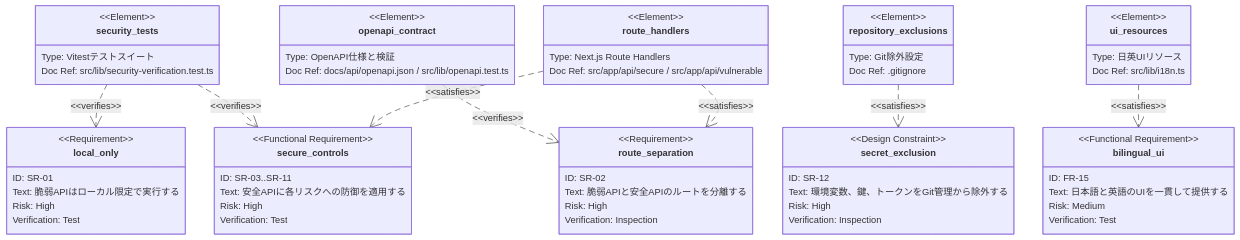
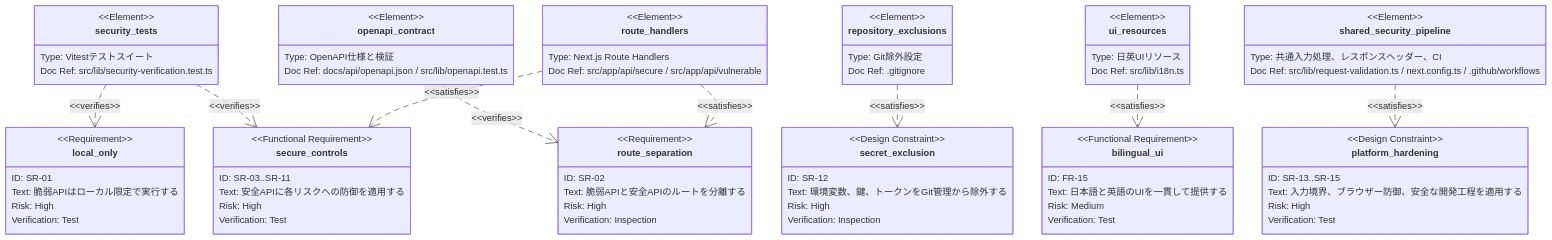
The first of 2 diagrams in docs/requirements.ja.md (kiryu1211/api-security-lab-platform), drawn with Mermaid before and after one commit. The commit also changed other lines of this file and 7 other files, not shown here.

Commit message:
Document security hardening

````diff
--- a/docs/requirements.ja.md
+++ b/docs/requirements.ja.md
@@ -89,6 +95,13 @@
         text: "環境変数、鍵、トークンをGit管理から除外する"
         risk: High
         verifymethod: Inspection
+    }
+
+    designConstraint platform_hardening {
+        id: "SR-13..SR-15"
+        text: "入力境界、ブラウザー防御、安全な開発工程を適用する"
+        risk: High
+        verifymethod: Test
     }
 
     functionalRequirement bilingual_ui {
@@ -123,6 +136,11 @@
         docref: "src/lib/i18n.ts"
     }
 
+    element shared_security_pipeline {
+        type: "共通入力処理、レスポンスヘッダー、CI"
+        docref: "src/lib/request-validation.ts / next.config.ts / .github/workflows"
+    }
+
     security_tests - verifies -> local_only
     security_tests - verifies -> secure_controls
     openapi_contract - verifies -> route_separation
@@ -130,4 +148,5 @@
     route_handlers - satisfies -> secure_controls
     repository_exclusions - satisfies -> secret_exclusion
     ui_resources - satisfies -> bilingual_ui
+    shared_security_pipeline - satisfies -> platform_hardening
 ```
````
